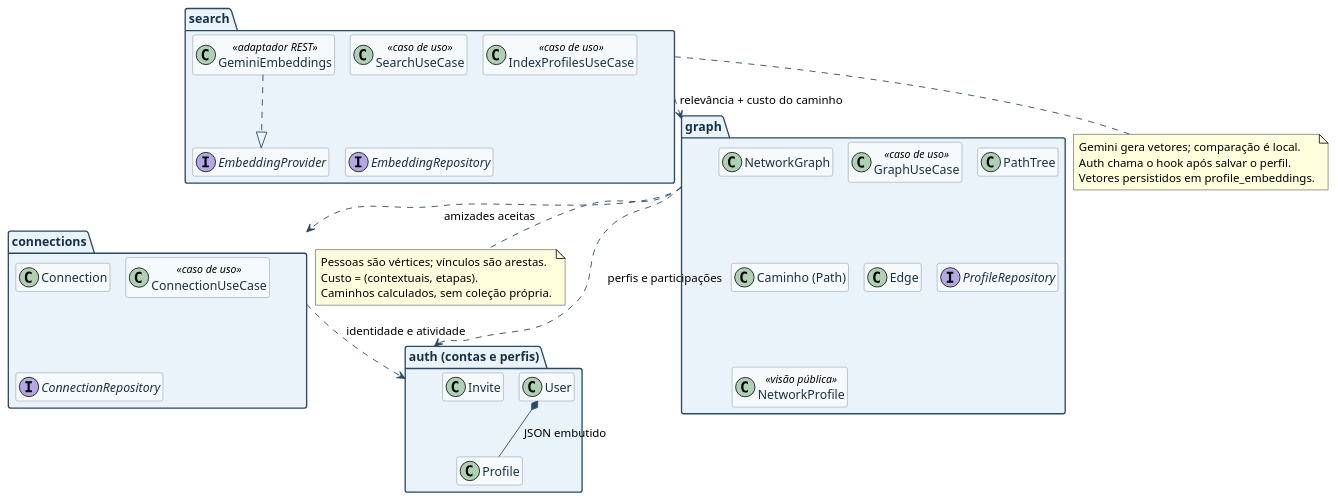
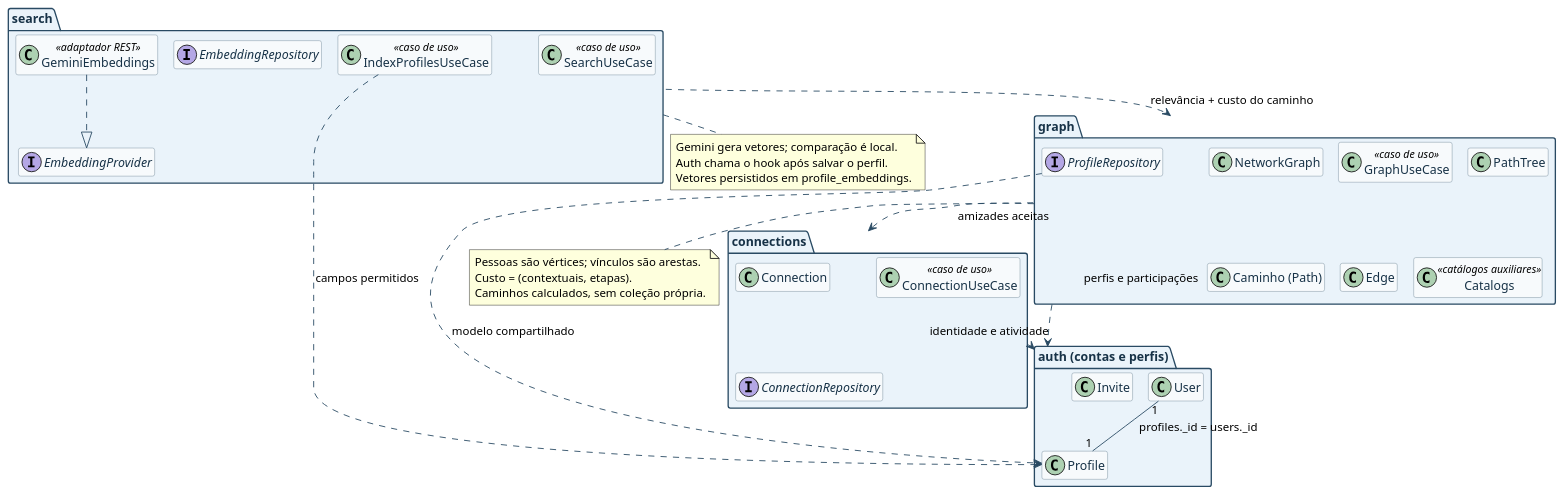
One commit to Daniel-Vinicius/grafo_net_api changed the diagram in docs/03-pacotes-grafonet.puml. Above: the diagram before and after it, drawn with PlantUML. The commit also changed 25 other files, not shown here.

Commit message:
Unify auth Profile across registration, graph and search

```diff
--- a/docs/03-pacotes-grafonet.puml
+++ b/docs/03-pacotes-grafonet.puml
@@ -1,76 +1,78 @@
 @startuml
 !pragma layout smetana
 
 top to bottom direction
 
 skinparam backgroundColor white
 skinparam shadowing false
 skinparam defaultFontName Arial
 skinparam nodesep 45
 skinparam ranksep 55
 skinparam ArrowColor #294A63
 skinparam PackageBorderColor #294A63
 skinparam PackageBackgroundColor #EAF3FA
 skinparam PackageFontColor #173247
 skinparam ClassBorderColor #708898
 skinparam ClassBackgroundColor #F7FAFC
 skinparam ClassFontColor #173247
 skinparam rectangle {
   BackgroundColor transparent
   BorderColor transparent
   FontColor transparent
 }
 
 hide empty members
 allowmixing
 
 package "search" as Busca {
   class SearchUseCase <<caso de uso>>
   class IndexProfilesUseCase <<caso de uso>>
   interface EmbeddingProvider
   class GeminiEmbeddings <<adaptador REST>>
   interface EmbeddingRepository
 }
 
 package "graph" as Grafo {
   class NetworkGraph
   class GraphUseCase <<caso de uso>>
   class PathTree
   class "Caminho (Path)" as Caminho
   class Edge
   interface ProfileRepository
-  class NetworkProfile <<visão pública>>
+  class Catalogs <<catálogos auxiliares>>
 }
 
 package "connections" as Conexoes {
   class Connection
   class ConnectionUseCase <<caso de uso>>
   interface ConnectionRepository
 }
 
 package "auth (contas e perfis)" as Contas {
   class User
   class Profile
   class Invite
 }
 
 Busca ..> Grafo : relevância + custo do caminho
 Grafo ..> Conexoes : amizades aceitas
 Grafo ..> Contas : perfis e participações
 Conexoes ..> Contas : identidade e atividade
 GeminiEmbeddings ..|> EmbeddingProvider
-User *-- Profile : JSON embutido
+User "1" -- "1" Profile : profiles._id = users._id
+ProfileRepository ..> Profile : modelo compartilhado
+IndexProfilesUseCase ..> Profile : campos permitidos
 
 note bottom of Busca
   Gemini gera vetores; comparação é local.
   Auth chama o hook após salvar o perfil.
   Vetores persistidos em profile_embeddings.
 end note
 
 note bottom of Grafo
   Pessoas são vértices; vínculos são arestas.
   Custo = (contextuais, etapas).
   Caminhos calculados, sem coleção própria.
 end note
 
 @enduml
```
